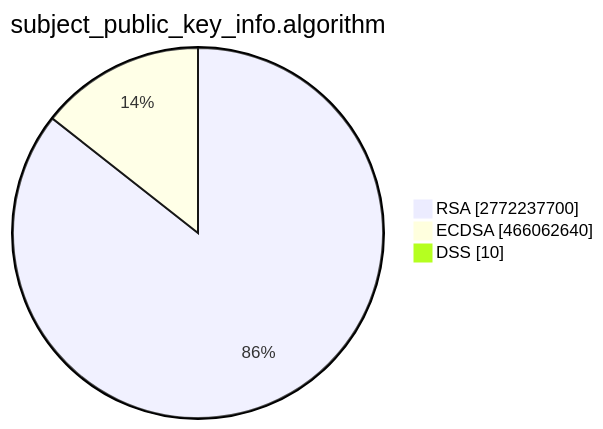
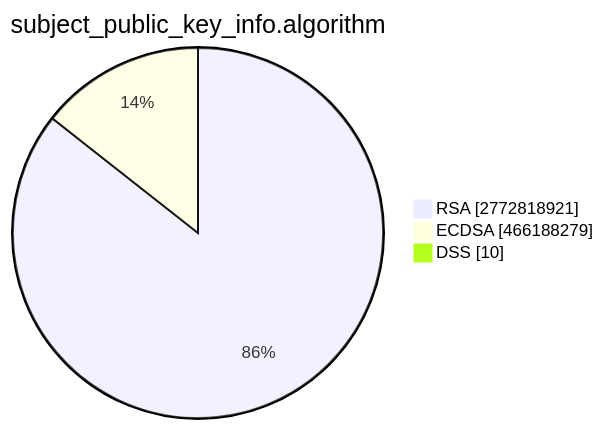
Before and after one commit to christiankrug/ctmonitor_visualization: the second of 15 diagrams in TOTAL/README.md, drawn with Mermaid. The commit also changed other lines of this file, not shown here.

````diff
--- a/TOTAL/README.md
+++ b/TOTAL/README.md
@@ -6,7 +6,7 @@
 ```mermaid
 pie showData
 title subject_public_key_info.algorithm
-"RSA" :2772237700
-"ECDSA" :466062640
+"RSA" :2772818921
+"ECDSA" :466188279
 "DSS" :10
 ```
````
